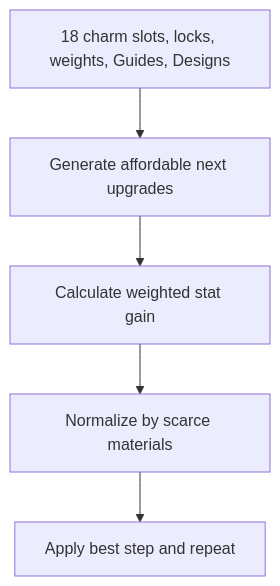
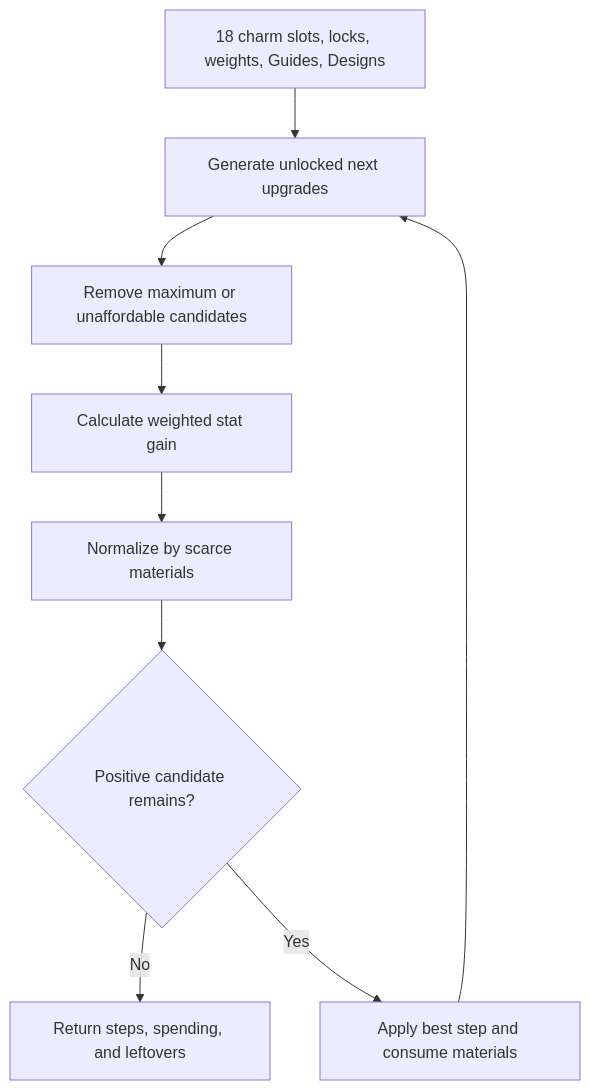
Before and after one commit to cristianrusu777/Kingshot-Events-Tracker-DOCS: the diagram in docs/kingshot-events/lab/charms.md, drawn with Mermaid. The commit also changed other lines of this file and 72 other files, not shown here.

````diff
--- a/docs/kingshot-events/lab/charms.md
+++ b/docs/kingshot-events/lab/charms.md
@@ -23,7 +25,11 @@
 ```mermaid
 flowchart TD
- A["18 charm slots, locks, weights, Guides, Designs"] --> B["Generate affordable next upgrades"]
- B --> C["Calculate weighted stat gain"]
- C --> D["Normalize by scarce materials"]
- D --> E["Apply best step and repeat"]
+ A["18 charm slots, locks, weights, Guides, Designs"] --> B["Generate unlocked next upgrades"]
+ B --> C["Remove maximum or unaffordable candidates"]
+ C --> D["Calculate weighted stat gain"]
+ D --> E["Normalize by scarce materials"]
+ E --> F{"Positive candidate remains?"}
+ F -- "No" --> G["Return steps, spending, and leftovers"]
+ F -- "Yes" --> H["Apply best step and consume materials"]
+ H --> B
 ```
````
